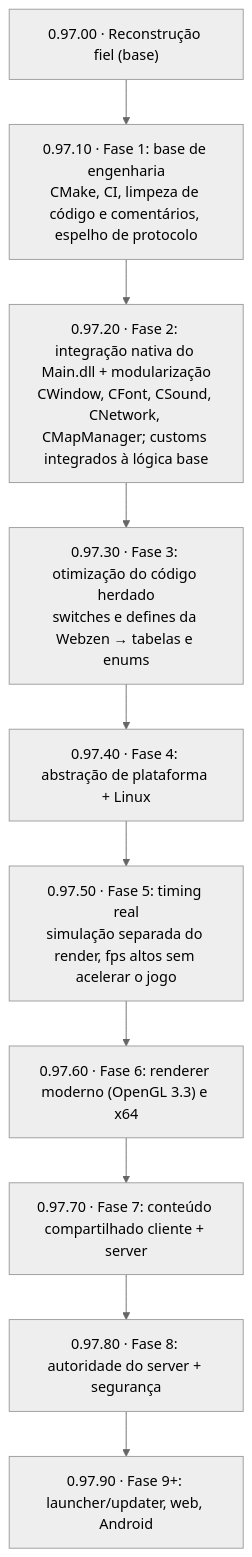
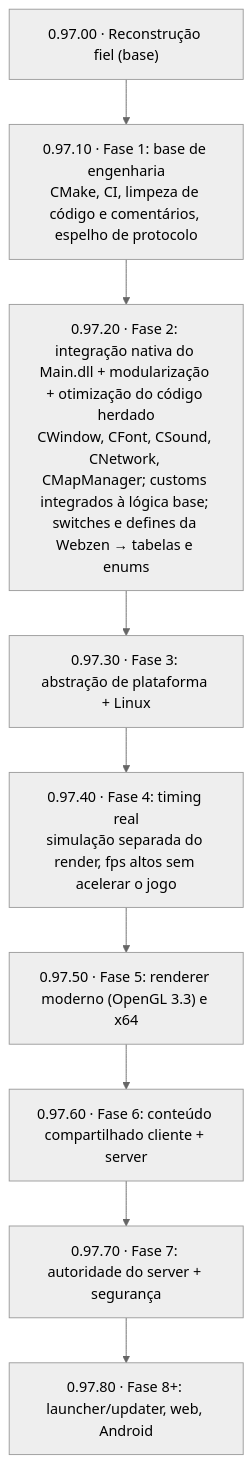
The first of 2 diagrams in README.pt-BR.md (EmanuelCatania/Mu-97k-Client-Source), drawn with Mermaid (neutral theme) before and after one commit. The commit also changed 3 other files, not shown here.

First line of the commit message:
README: la optimización del código heredado entra en la Fase 2

````diff
--- a/README.pt-BR.md
+++ b/README.pt-BR.md
@@ -524,13 +524,12 @@
 ```mermaid
 flowchart TD
     F0["0.97.00 · Reconstrução fiel (base)"] --> F1
     F1["0.97.10 · Fase 1: base de engenharia<br/>CMake, CI, limpeza de código e comentários, espelho de protocolo"] --> F2
-    F2["0.97.20 · Fase 2: integração nativa do Main.dll + modularização<br/>CWindow, CFont, CSound, CNetwork, CMapManager; customs integrados à lógica base"] --> F3
-    F3["0.97.30 · Fase 3: otimização do código herdado<br/>switches e defines da Webzen → tabelas e enums"] --> F4
-    F4["0.97.40 · Fase 4: abstração de plataforma + Linux"] --> F5
-    F5["0.97.50 · Fase 5: timing real<br/>simulação separada do render, fps altos sem acelerar o jogo"] --> F6
-    F6["0.97.60 · Fase 6: renderer moderno (OpenGL 3.3) e x64"] --> F7
-    F7["0.97.70 · Fase 7: conteúdo compartilhado cliente + server"] --> F8
-    F8["0.97.80 · Fase 8: autoridade do server + segurança"] --> F9
-    F9["0.97.90 · Fase 9+: launcher/updater, web, Android"]
+    F2["0.97.20 · Fase 2: integração nativa do Main.dll + modularização + otimização do código herdado<br/>CWindow, CFont, CSound, CNetwork, CMapManager; customs integrados à lógica base; switches e defines da Webzen → tabelas e enums"] --> F3
+    F3["0.97.30 · Fase 3: abstração de plataforma + Linux"] --> F4
+    F4["0.97.40 · Fase 4: timing real<br/>simulação separada do render, fps altos sem acelerar o jogo"] --> F5
+    F5["0.97.50 · Fase 5: renderer moderno (OpenGL 3.3) e x64"] --> F6
+    F6["0.97.60 · Fase 6: conteúdo compartilhado cliente + server"] --> F7
+    F7["0.97.70 · Fase 7: autoridade do server + segurança"] --> F8
+    F8["0.97.80 · Fase 8+: launcher/updater, web, Android"]
 ```
````
